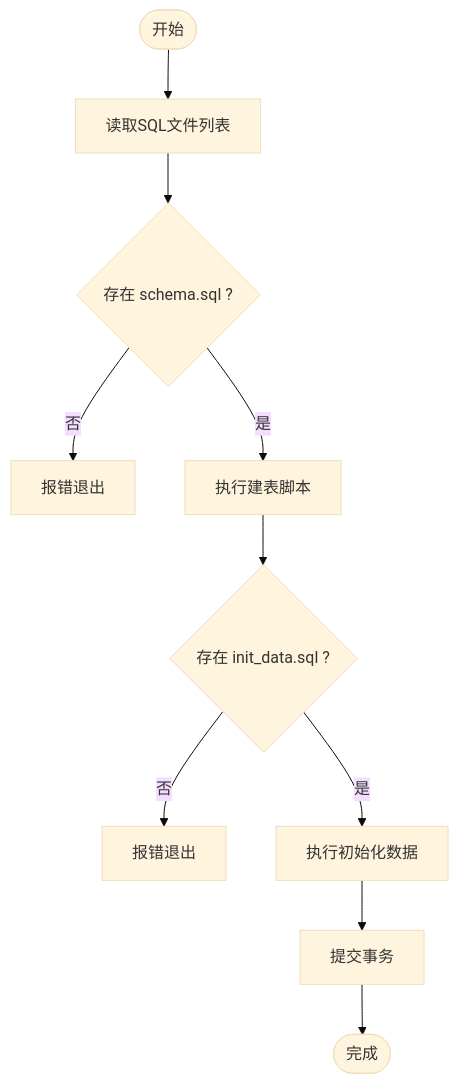
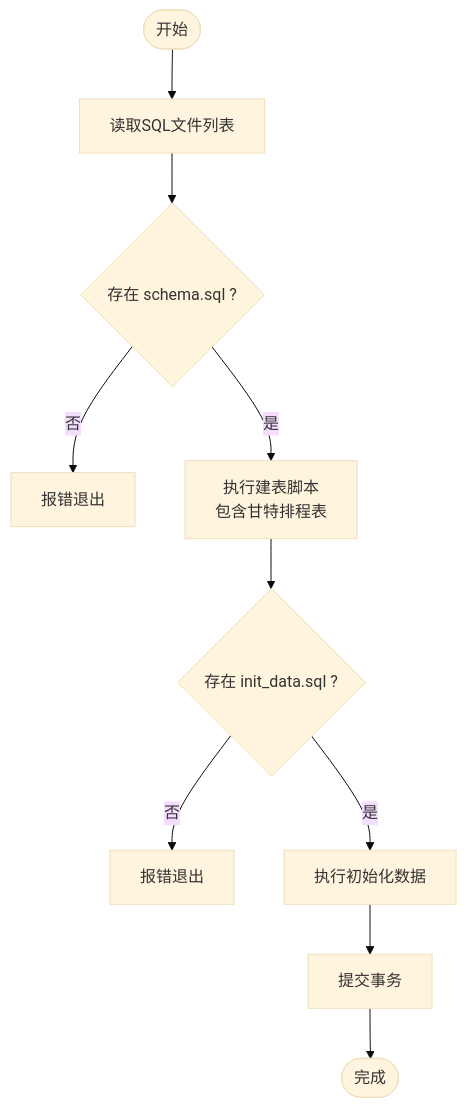
The fourth of 6 diagrams in .qoder/repowiki/zh/content/数据库设计/数据库设计.md (JiaStan/shizhi_system_df), drawn with Mermaid (base theme) before and after one commit. The commit also changed other lines of this file and 53 other files, not shown here.

````diff
--- a/.qoder/repowiki/zh/content/数据库设计/数据库设计.md
+++ b/.qoder/repowiki/zh/content/数据库设计/数据库设计.md
@@ -408,12 +453,12 @@
 ```mermaid
 flowchart TD
 Start(["开始"]) --> ReadFiles["读取SQL文件列表"]
 ReadFiles --> ExecSchema{"存在 schema.sql ?"}
 ExecSchema -- 否 --> ErrSchema["报错退出"]
-ExecSchema -- 是 --> RunSchema["执行建表脚本"]
+ExecSchema -- 是 --> RunSchema["执行建表脚本<br/>包含甘特排程表"]
 RunSchema --> InitData{"存在 init_data.sql ?"}
 InitData -- 否 --> ErrInit["报错退出"]
 InitData -- 是 --> RunInit["执行初始化数据"]
 RunInit --> Commit["提交事务"]
 Commit --> End(["完成"])
 ```
````
